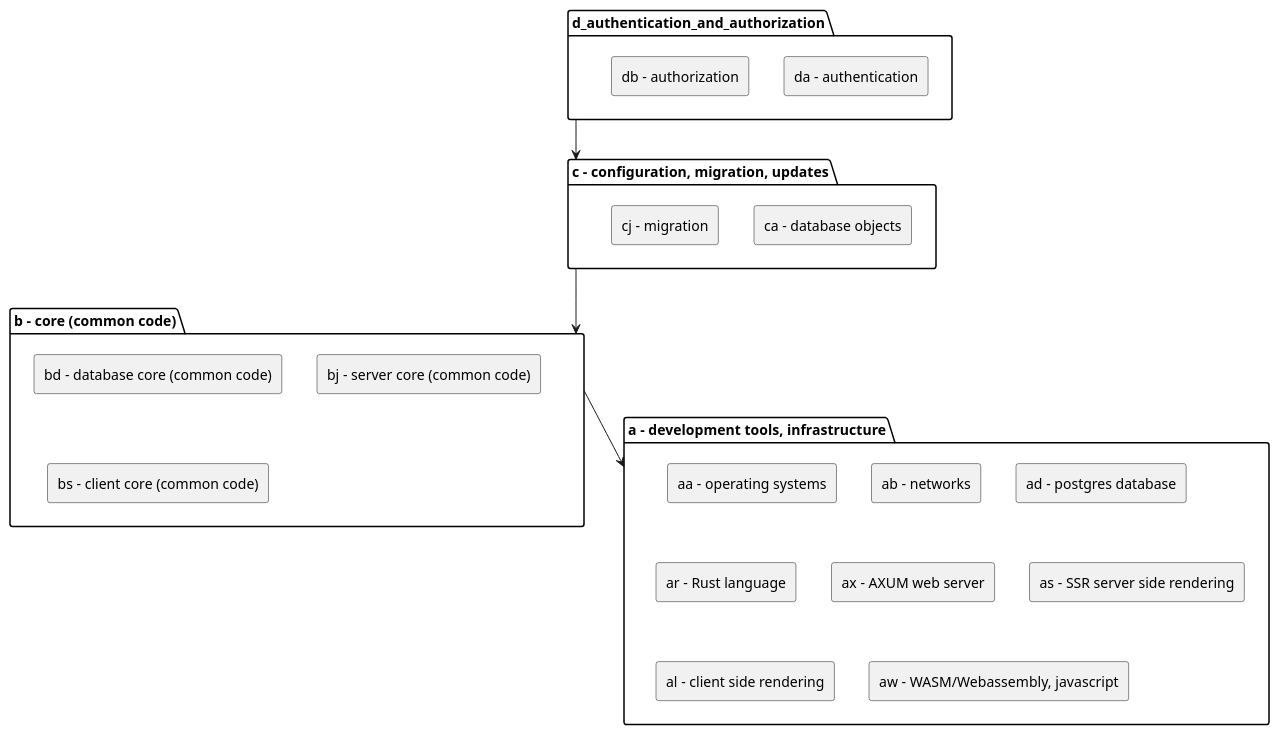
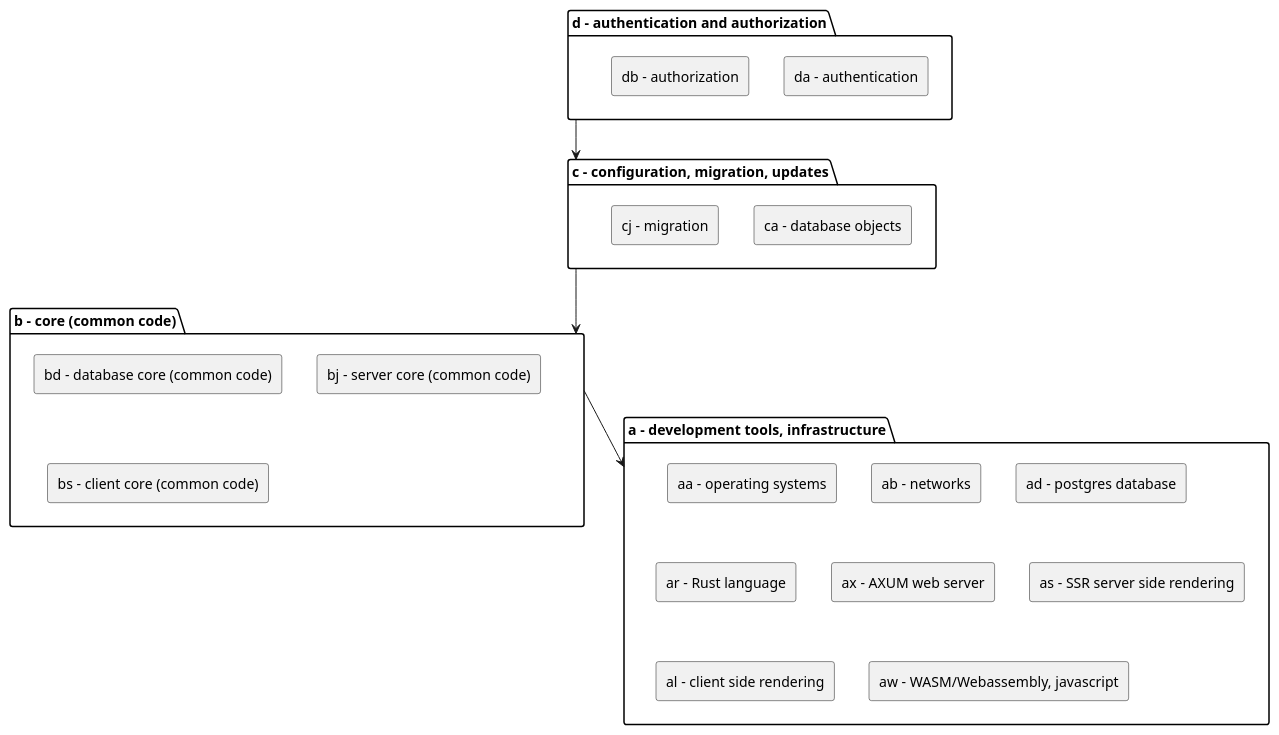
Before and after one commit to liporuwcha/liporuwcha: the diagram in README.md, drawn with PlantUML.

````diff
--- a/README.md
+++ b/README.md
@@ -67,39 +67,39 @@
 ```PlantUML
 @startuml
 top to bottom direction
 skinparam componentstyle rectangle
 
-folder "d_authentication_and_authorization"{
+folder "d - authentication and authorization" as d {
 [da - authentication]
 [db - authorization]
 }
 
-folder "c - configuration, migration, updates" {
+folder "c - configuration, migration, updates" as c {
   [ca - database objects]
   [cj - migration]
   
 }
 
-folder "b - core (common code)" {
+folder "b - core (common code)" as b {
   [bd - database core (common code)]
   [bj - server core (common code)]
   [bs - client core (common code)]
 }
 
-folder "a - development tools, infrastructure" {
+folder "a - development tools, infrastructure" as a {
   [aa - operating systems]
   [ab - networks]
   [ad - postgres database]
   [ar - Rust language]
   [ax - AXUM web server]
   [as - SSR server side rendering]
   [al - client side rendering]
   [aw - WASM/Webassembly, javascript]
 }
 
-"d_authentication_and_authorization" -d-> "c - configuration, migration, updates"
-"c - configuration, migration, updates" -d-> "b - core (common code)"
-"b - core (common code)" -d-> "a - development tools, infrastructure"
+d -d-> c
+c -d-> b
+b -d-> a
 
 @enduml
 ```
````
